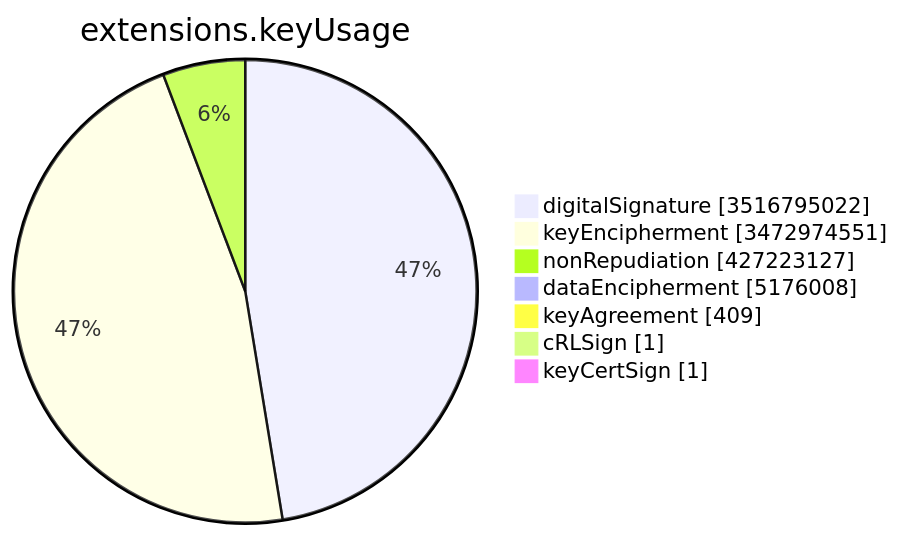
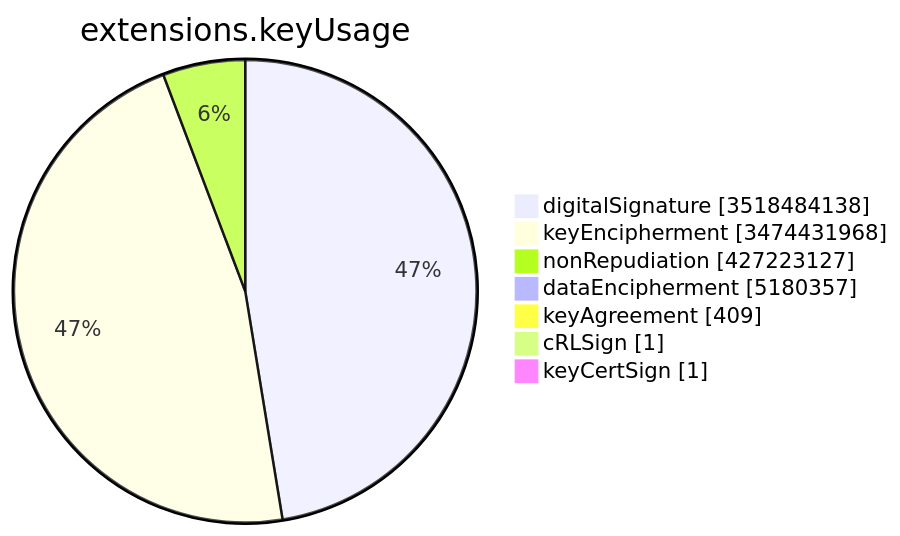
The sixth of 15 diagrams in TOTAL/README.md (christiankrug/ctmonitor_visualization), drawn with Mermaid before and after one commit. The commit also changed other lines of this file, not shown here.

````diff
--- a/TOTAL/README.md
+++ b/TOTAL/README.md
@@ -3083,11 +3083,11 @@
 ```mermaid
 pie showData
 title extensions.keyUsage
-"digitalSignature" :3516795022
-"keyEncipherment" :3472974551
+"digitalSignature" :3518484138
+"keyEncipherment" :3474431968
 "nonRepudiation" :427223127
-"dataEncipherment" :5176008
+"dataEncipherment" :5180357
 "keyAgreement" :409
 "cRLSign" :1
 "keyCertSign" :1
 ```
````
